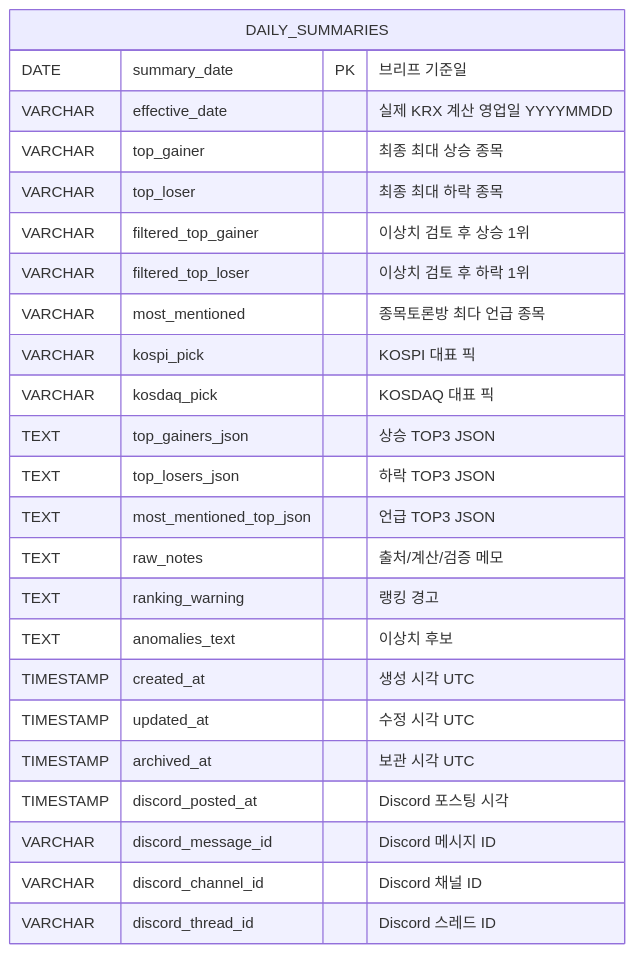
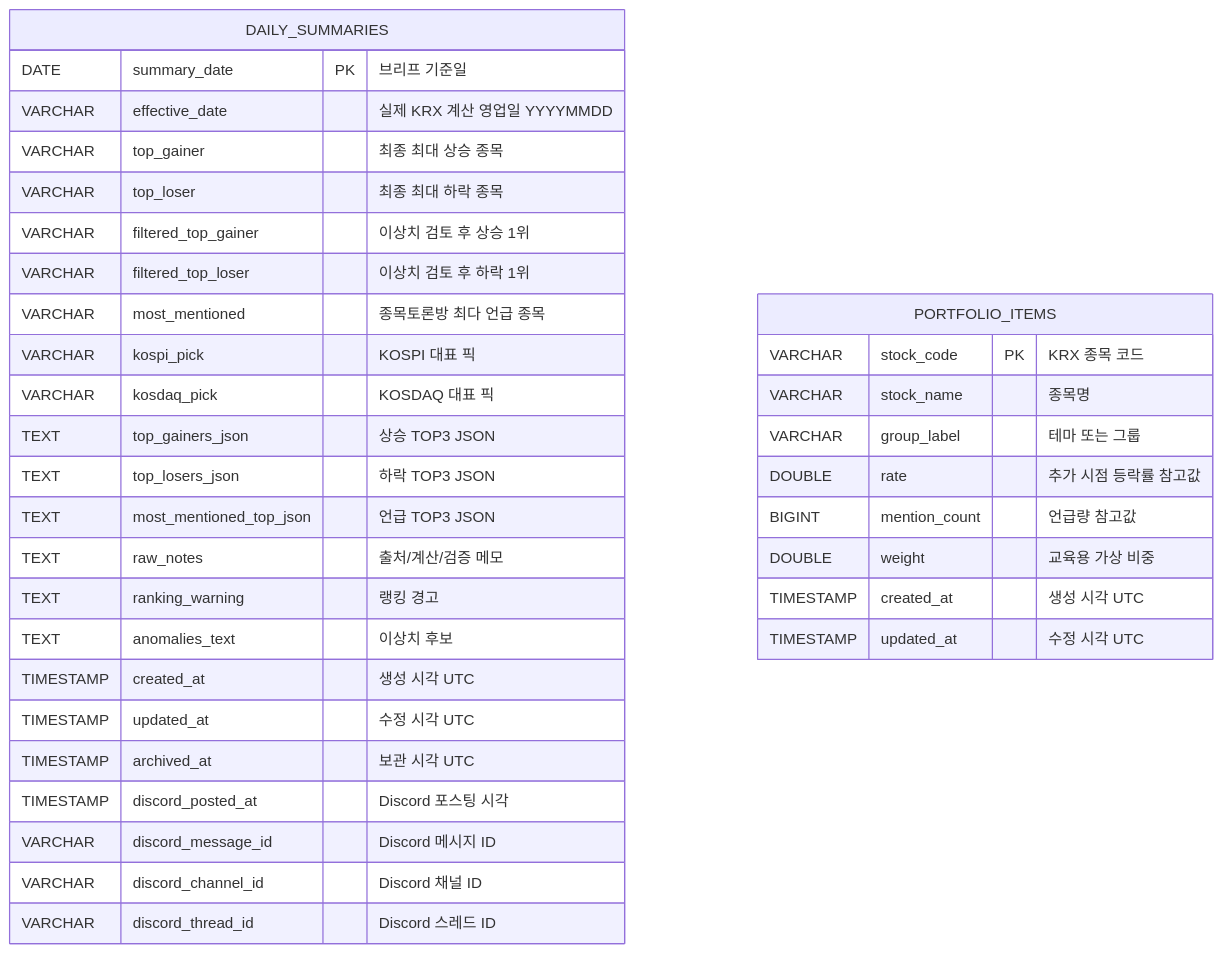
One commit to 8luerose/kr-stock-daily-brief changed the first of 2 diagrams in docs/ERD.md. Above: the diagram before and after it, drawn with Mermaid. The commit also changed other lines of this file and 9 other files, not shown here.

````diff
--- a/docs/ERD.md
+++ b/docs/ERD.md
@@ -9,27 +9,37 @@
 ```mermaid
 erDiagram
     DAILY_SUMMARIES {
         DATE summary_date PK "브리프 기준일"
         VARCHAR effective_date "실제 KRX 계산 영업일 YYYYMMDD"
         VARCHAR top_gainer "최종 최대 상승 종목"
         VARCHAR top_loser "최종 최대 하락 종목"
         VARCHAR filtered_top_gainer "이상치 검토 후 상승 1위"
         VARCHAR filtered_top_loser "이상치 검토 후 하락 1위"
         VARCHAR most_mentioned "종목토론방 최다 언급 종목"
         VARCHAR kospi_pick "KOSPI 대표 픽"
         VARCHAR kosdaq_pick "KOSDAQ 대표 픽"
         TEXT top_gainers_json "상승 TOP3 JSON"
         TEXT top_losers_json "하락 TOP3 JSON"
         TEXT most_mentioned_top_json "언급 TOP3 JSON"
         TEXT raw_notes "출처/계산/검증 메모"
         TEXT ranking_warning "랭킹 경고"
         TEXT anomalies_text "이상치 후보"
         TIMESTAMP created_at "생성 시각 UTC"
         TIMESTAMP updated_at "수정 시각 UTC"
         TIMESTAMP archived_at "보관 시각 UTC"
         TIMESTAMP discord_posted_at "Discord 포스팅 시각"
         VARCHAR discord_message_id "Discord 메시지 ID"
         VARCHAR discord_channel_id "Discord 채널 ID"
         VARCHAR discord_thread_id "Discord 스레드 ID"
     }
+    PORTFOLIO_ITEMS {
+        VARCHAR stock_code PK "KRX 종목 코드"
+        VARCHAR stock_name "종목명"
+        VARCHAR group_label "테마 또는 그룹"
+        DOUBLE rate "추가 시점 등락률 참고값"
+        BIGINT mention_count "언급량 참고값"
+        DOUBLE weight "교육용 가상 비중"
+        TIMESTAMP created_at "생성 시각 UTC"
+        TIMESTAMP updated_at "수정 시각 UTC"
+    }
 ```
````
